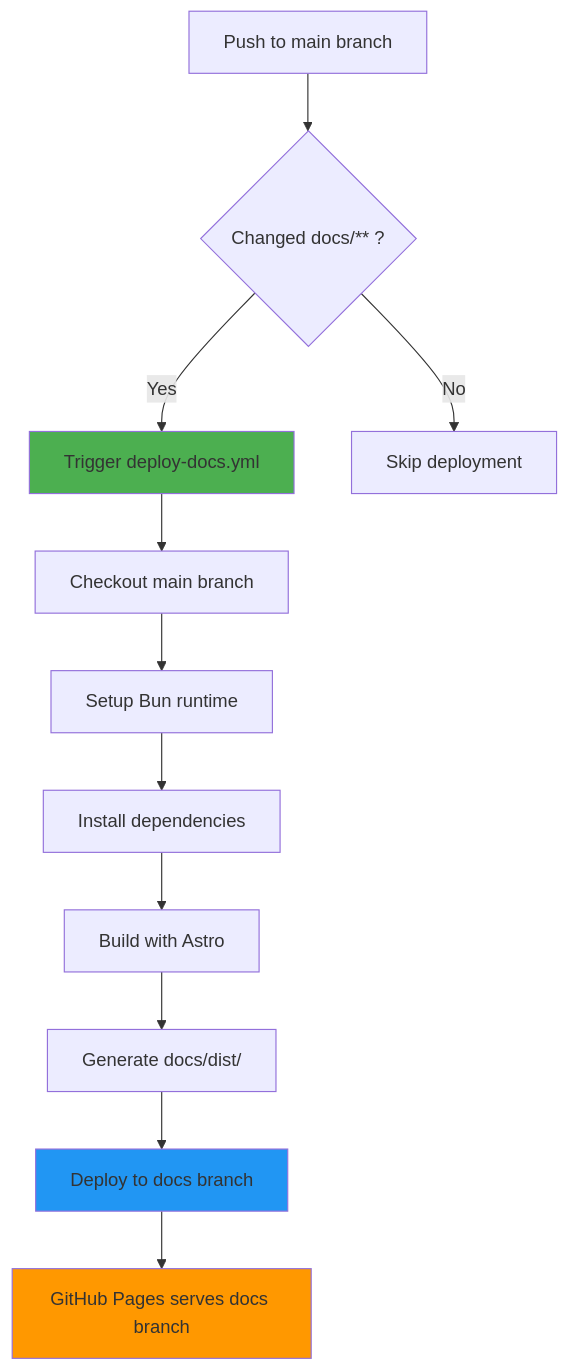
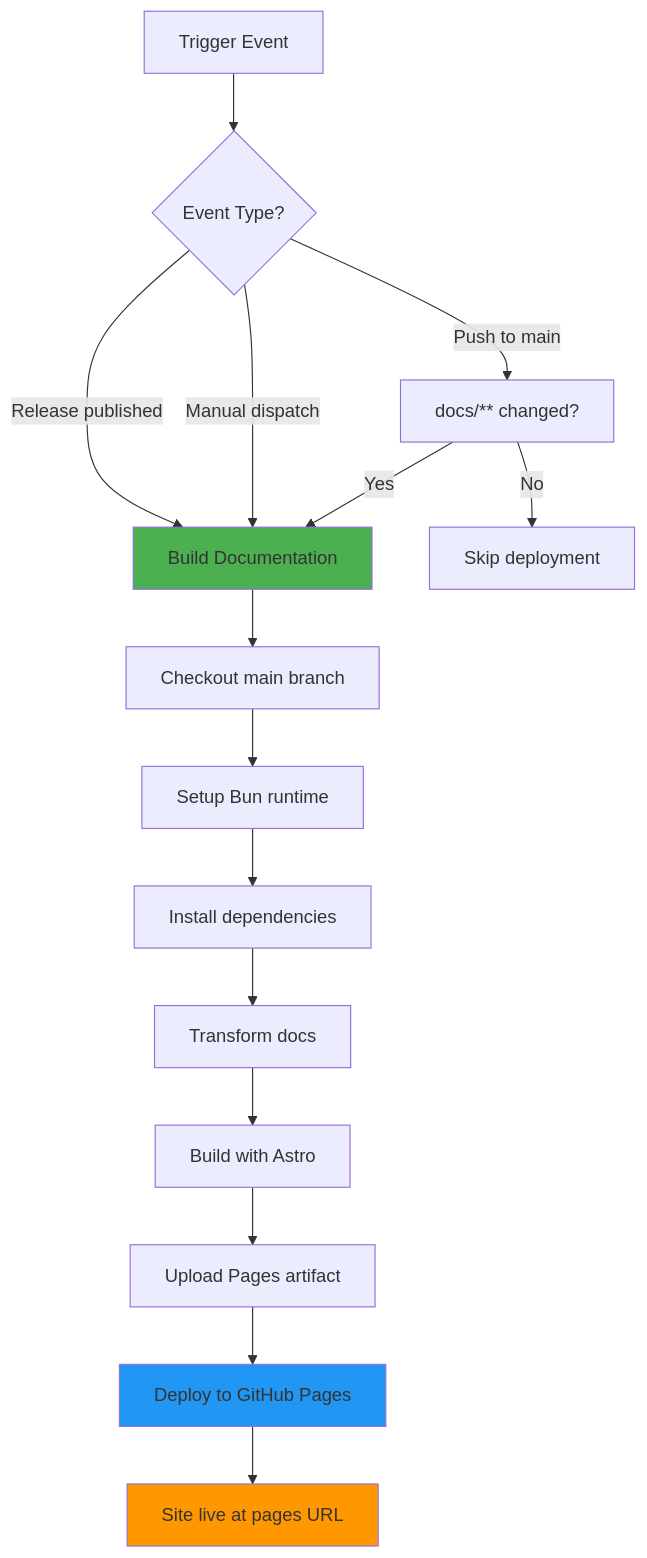
One commit to pantheon-org/opencode-warcraft-notifications changed the seventh of 7 diagrams in docs/deployment.md. Above: the diagram before and after it, drawn with Mermaid. The commit also changed other lines of this file and 1 other file, not shown here.

First line of the commit message:
docs: migrate to GitHub Actions native Pages deployment (#128)

````diff
--- a/docs/deployment.md
+++ b/docs/deployment.md
@@ -817,17 +817,21 @@
 ```mermaid
 graph TB
-    A[Push to main branch] --> B{Changed docs/** ?}
-    B -->|Yes| C[Trigger deploy-docs.yml]
-    B -->|No| D[Skip deployment]
-    C --> E[Checkout main branch]
-    E --> F[Setup Bun runtime]
-    F --> G[Install dependencies]
-    G --> H[Build with Astro]
-    H --> I[Generate docs/dist/]
-    I --> J[Deploy to docs branch]
-    J --> K[GitHub Pages serves docs branch]
+    A[Trigger Event] --> B{Event Type?}
+    B -->|Push to main| C[docs/** changed?]
+    B -->|Release published| D[Build Documentation]
+    B -->|Manual dispatch| D
+    C -->|Yes| D
+    C -->|No| E[Skip deployment]
+    D --> F[Checkout main branch]
+    F --> G[Setup Bun runtime]
+    G --> H[Install dependencies]
+    H --> I[Transform docs]
+    I --> J[Build with Astro]
+    J --> K[Upload Pages artifact]
+    K --> L[Deploy to GitHub Pages]
+    L --> M[Site live at pages URL]
 
-    style C fill:#4caf50
-    style J fill:#2196f3
-    style K fill:#ff9800
+    style D fill:#4caf50
+    style L fill:#2196f3
+    style M fill:#ff9800
 ```
````
